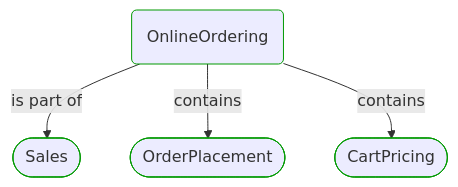
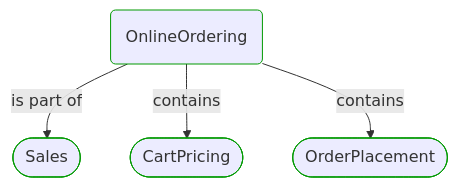
The first of 4 diagrams in Docs/P3/MermaidOutput/Modules/Sales/OnlineOrdering/OnlineOrdering.md (itlibrium/DDD-starter-dotnet), drawn with Mermaid before and after one commit. The commit also changed 78 other files, not shown here.

````diff
--- a/Docs/P3/MermaidOutput/Modules/Sales/OnlineOrdering/OnlineOrdering.md
+++ b/Docs/P3/MermaidOutput/Modules/Sales/OnlineOrdering/OnlineOrdering.md
@@ -20,17 +20,17 @@
 ```mermaid
   flowchart TB
     0(OnlineOrdering)
     class 0 DomainPerspective
     1([Sales])
     class 1 DomainPerspective
     0-->|is part of|1
-    2([OrderPlacement])
+    2([CartPricing])
     class 2 DomainPerspective
     0-->|contains|2
-    3([CartPricing])
+    3([OrderPlacement])
     class 3 DomainPerspective
     0-->|contains|3
     classDef DomainPerspective stroke:#009900
     classDef TechnologyPerspective stroke:#1F41EB
     classDef PeoplePerspective stroke:#FFF014
 ```
````
